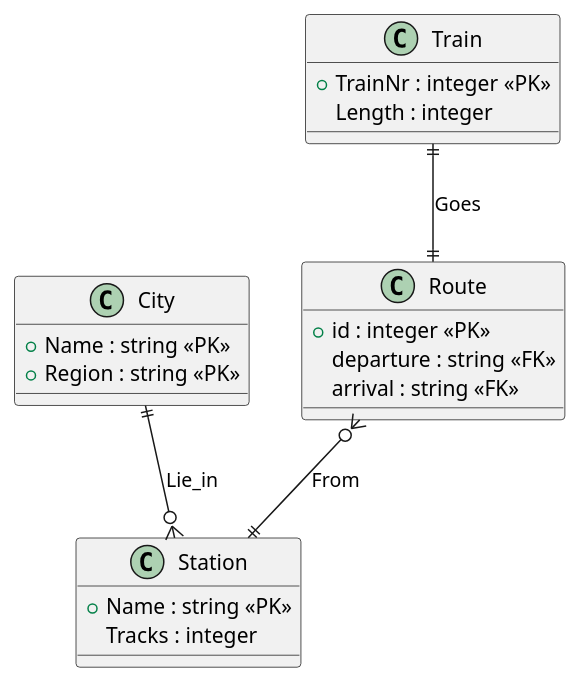
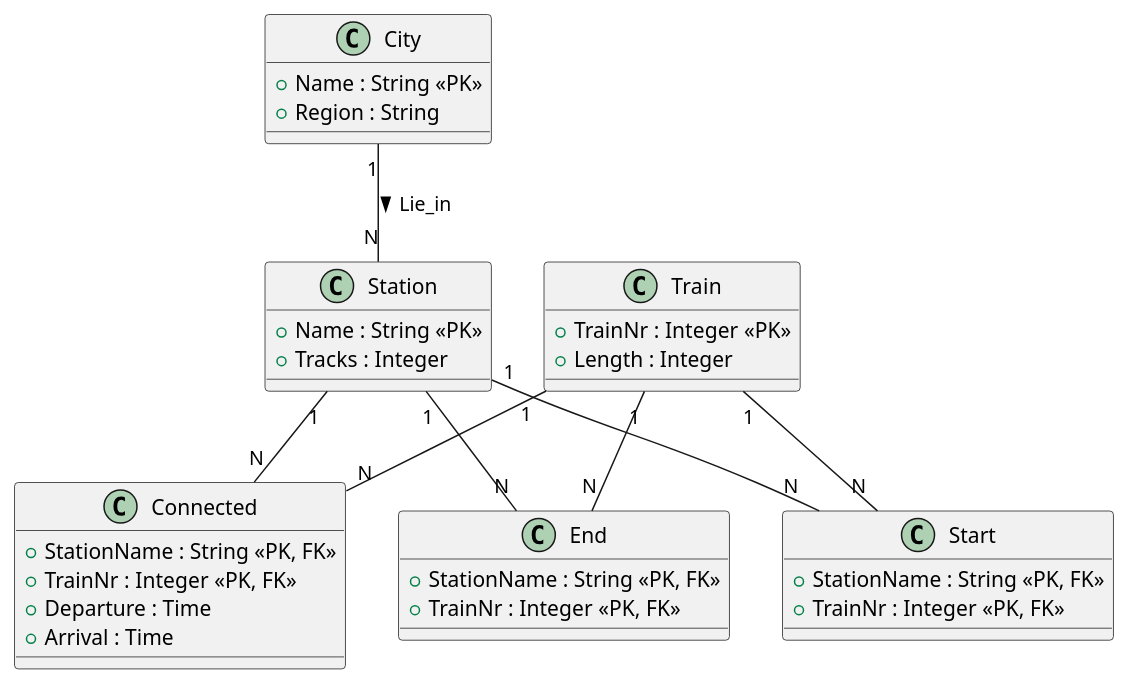
The diagram in hse_databases/hw3/2.plantuml (aspisov/Courses), drawn with PlantUML before and after one commit. The commit also changed 2831 other files, not shown here.

```diff
--- a/hse_databases/hw3/2.plantuml
+++ b/hse_databases/hw3/2.plantuml
@@ -1,27 +1,46 @@
-@startuml Railway Station
+@startuml Railway System
+
+' Entities
 class Station {
-    +Name : string <<PK>>
-    Tracks : integer
+  +Name : String <<PK>>
+  +Tracks : Integer
 }
 
 class City {
-    +Name : string <<PK>>
-    +Region : string <<PK>>
+  +Name : String <<PK>>
+  +Region : String
 }
 
 class Train {
-    +TrainNr : integer <<PK>>
-    Length : integer
+  +TrainNr : Integer <<PK>>
+  +Length : Integer
 }
 
-class Route {
-    +id : integer <<PK>>
-    departure : string <<FK>>
-    arrival : string <<FK>>
+' Relationships
+class Connected {
+  +StationName : String <<PK, FK>>
+  +TrainNr : Integer <<PK, FK>>
+  +Departure : Time
+  +Arrival : Time
 }
 
+class Start {
+  +StationName : String <<PK, FK>>
+  +TrainNr : Integer <<PK, FK>>
+}
 
-City ||--o{ Station: "Lie_in"
-Train ||--|| Route: "Goes"
-Route }o--|| Station: "From"
+class End {
+  +StationName : String <<PK, FK>>
+  +TrainNr : Integer <<PK, FK>>
+}
+
+' Relationships
+City "1" -- "N" Station : Lie_in >
+Station "1" -- "N" Connected
+Station "1" -- "N" Start
+Station "1" -- "N" End
+Train "1" -- "N" Connected
+Train "1" -- "N" Start
+Train "1" -- "N" End
+
 @enduml
```
